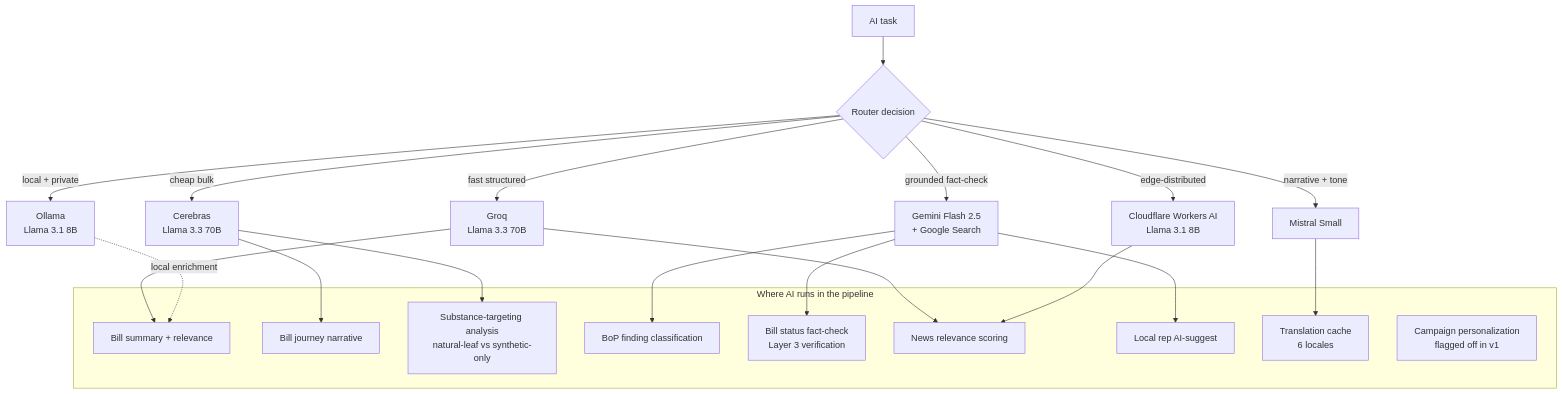
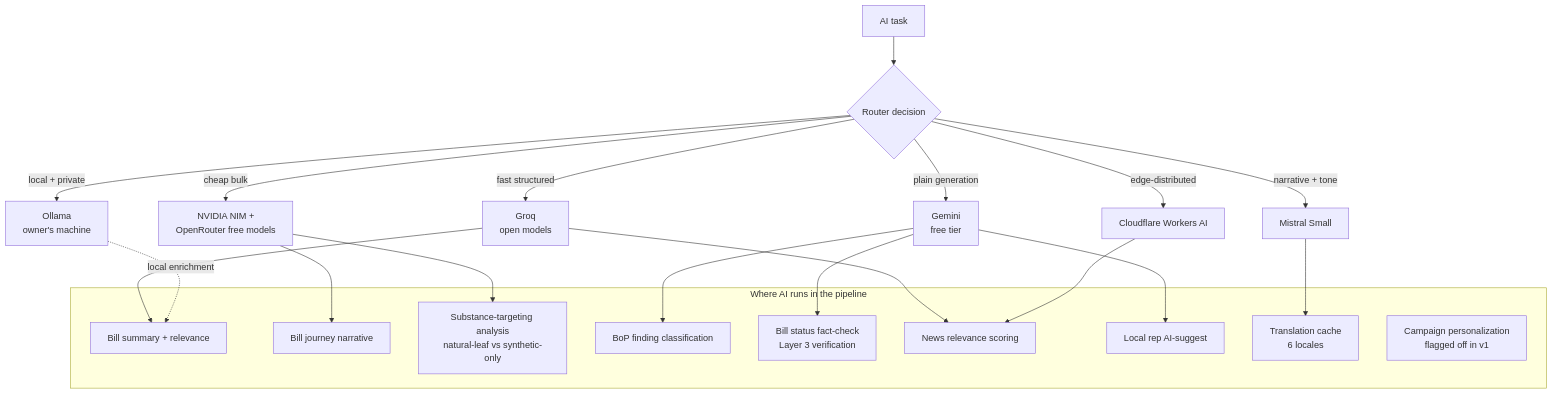
One commit to ohjustadam/ikratom changed the fifth of 10 diagrams in ARCHITECTURE_PUBLIC.md. Above: the diagram before and after it, drawn with Mermaid. The commit also changed other lines of this file and 20 other files, not shown here.

````diff
--- a/ARCHITECTURE_PUBLIC.md
+++ b/ARCHITECTURE_PUBLIC.md
@@ -132,33 +132,33 @@
 ```mermaid
 flowchart TB
   task[AI task] --> router{Router decision}
-  router -->|fast structured| groq[Groq<br/>Llama 3.3 70B]
-  router -->|cheap bulk| cerebras[Cerebras<br/>Llama 3.3 70B]
-  router -->|grounded fact-check| gemini[Gemini Flash 2.5<br/>+ Google Search]
+  router -->|fast structured| groq[Groq<br/>open models]
+  router -->|cheap bulk| pool[NVIDIA NIM +<br/>OpenRouter free models]
+  router -->|plain generation| gemini[Gemini<br/>free tier]
   router -->|narrative + tone| mistral[Mistral Small]
-  router -->|edge-distributed| cf[Cloudflare Workers AI<br/>Llama 3.1 8B]
-  router -->|local + private| ollama[Ollama<br/>Llama 3.1 8B]
+  router -->|edge-distributed| cf[Cloudflare Workers AI]
+  router -->|local + private| ollama[Ollama<br/>owner's machine]
 
   subgraph USES["Where AI runs in the pipeline"]
     U1[Bill summary + relevance]
     U2[Bill journey narrative]
     U3[Substance-targeting analysis<br/>natural-leaf vs synthetic-only]
     U4[BoP finding classification]
     U5[Bill status fact-check<br/>Layer 3 verification]
     U6[News relevance scoring]
     U7[Local rep AI-suggest]
     U8[Translation cache<br/>6 locales]
     U9[Campaign personalization<br/>flagged off in v1]
   end
 
   groq --> U1
   groq --> U6
   gemini --> U4
   gemini --> U5
   gemini --> U7
-  cerebras --> U2
-  cerebras --> U3
+  pool --> U2
+  pool --> U3
   mistral --> U8
   cf --> U6
   ollama -.local enrichment.-> U1
 ```
````
